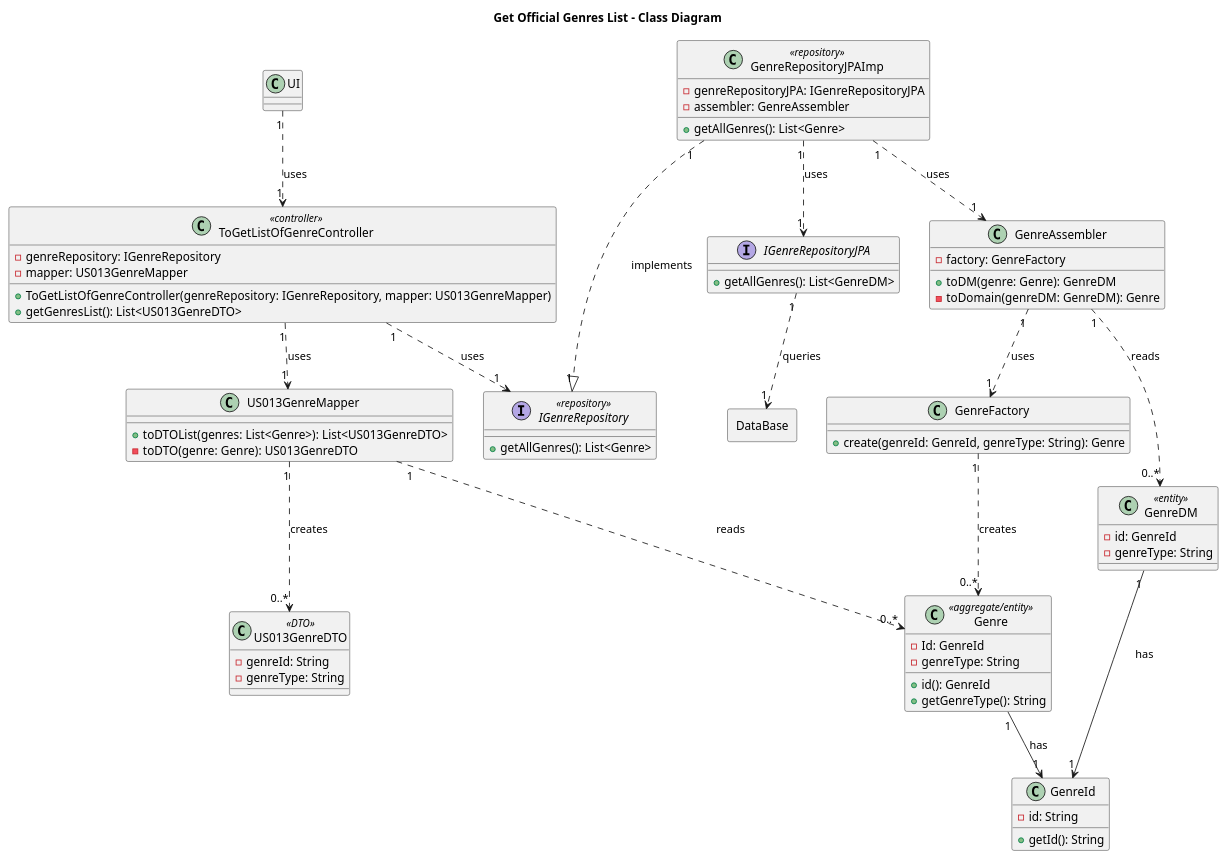
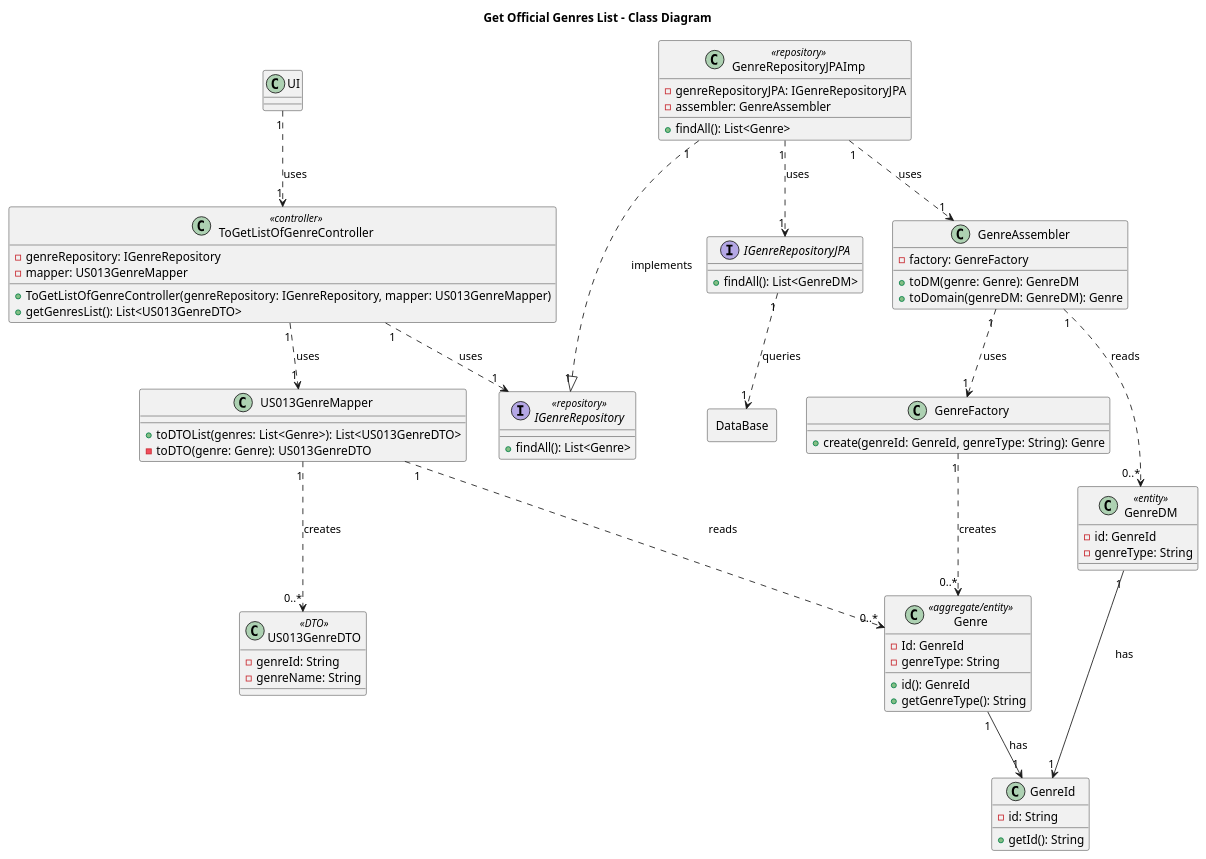
Before and after one commit to AndrePereiraGitH/SWitCH-Project-Team_A: the diagram in Diagrams/ClassDiagrams/To-get-official-genres-list.puml, drawn with PlantUML.

Commit message:
Doc(#692): fix small issues class in CD

```diff
--- a/Diagrams/ClassDiagrams/To-get-official-genres-list.puml
+++ b/Diagrams/ClassDiagrams/To-get-official-genres-list.puml
@@ -1,101 +1,101 @@
 @startuml
 title Get Official Genres List - Class Diagram
 top to bottom direction
 class ToGetListOfGenreController << controller >>
 interface IGenreRepository << repository >>
 class GenreRepositoryJPAImp << repository >>
 class GenreDM << entity >>
 class Genre << aggregate/entity >>
 class US013GenreDTO << DTO >>
 ' ── UI Layer ───────────────────────────────────────────────
 class UI {
 }
 
 ' ── Application Layer ──────────────────────────────────────
 class ToGetListOfGenreController {
     - genreRepository: IGenreRepository
     - mapper: US013GenreMapper
     + ToGetListOfGenreController(genreRepository: IGenreRepository, mapper: US013GenreMapper)
     + getGenresList(): List<US013GenreDTO>
 }
 
 class US013GenreMapper {
     + toDTOList(genres: List<Genre>): List<US013GenreDTO>
     - toDTO(genre: Genre): US013GenreDTO
 }
 
 class US013GenreDTO {
     - genreId: String
-    - genreType: String
+    - genreName: String
 }
 
 ' ── Domain Layer ───────────────────────────────────────────
 interface IGenreRepository {
-    + getAllGenres(): List<Genre>
+    + findAll(): List<Genre>
 }
 
 class Genre {
     - Id: GenreId
     - genreType: String
     + id(): GenreId
     + getGenreType(): String
 }
 
 class GenreId {
     - id: String
     + getId(): String
 }
 
 class GenreFactory {
     + create(genreId: GenreId, genreType: String): Genre
 }
 
 ' ── Infrastructure Layer ───────────────────────────────────
 class GenreRepositoryJPAImp {
     - genreRepositoryJPA: IGenreRepositoryJPA
     - assembler: GenreAssembler
-    + getAllGenres(): List<Genre>
+    + findAll(): List<Genre>
 }
 
 interface IGenreRepositoryJPA {
-    + getAllGenres(): List<GenreDM>
+    + findAll(): List<GenreDM>
 }
 
 class GenreAssembler {
     - factory: GenreFactory
     + toDM(genre: Genre): GenreDM
-    - toDomain(genreDM: GenreDM): Genre
+    + toDomain(genreDM: GenreDM): Genre
 }
 
 class GenreDM {
     - id: GenreId
     - genreType: String
 }
 
 Rectangle DataBase {
 }
 
 ' ── Relationships ──────────────────────────────────────────
 UI "1" ..> "1" ToGetListOfGenreController : uses
 
 ToGetListOfGenreController "1" ..> "1" IGenreRepository : uses
 ToGetListOfGenreController "1" ..> "1" US013GenreMapper : uses
 
 US013GenreMapper "1" ..> "0..*" Genre : reads
 US013GenreMapper "1" ..> "0..*" US013GenreDTO : creates
 
 GenreRepositoryJPAImp "1" ..|> "1" IGenreRepository : implements
 GenreRepositoryJPAImp "1" ..> "1" IGenreRepositoryJPA : uses
 GenreRepositoryJPAImp "1" ..> "1" GenreAssembler : uses
 
 IGenreRepositoryJPA "1" ..> "1" DataBase : queries
 
 GenreAssembler "1" ..> "0..*" GenreDM : reads
 GenreAssembler "1" ..> "1" GenreFactory : uses
 
 GenreFactory "1" ..> "0..*" Genre : creates
 
 Genre "1" --> "1" GenreId : has
 GenreDM "1" --> "1" GenreId : has
 
 @enduml
```
